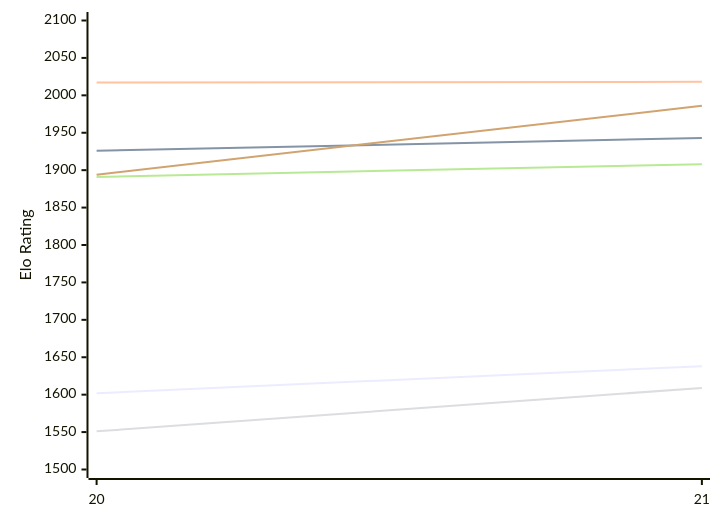
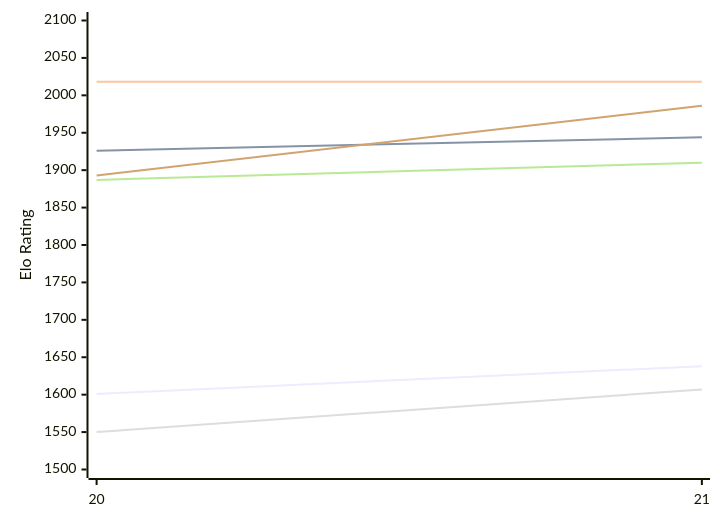
One commit to computer-chess-index/cci changed the first of 2 diagrams in engines/PurplePanda.md. Above: the diagram before and after it, drawn with Mermaid. The commit also changed other lines of this file, not shown here.

Commit message:
Update CCI Ratings (ELO VLTC) - 2026-11-20

````diff
--- a/engines/PurplePanda.md
+++ b/engines/PurplePanda.md
@@ -50,12 +50,12 @@
 ```mermaid
 %%{init: {"theme":"base","themeVariables":{"seriesColors:['#a3a3a3','#222221','#faa371']}}}%%
 xychart-beta
   x-axis ["20", "21"]
   y-axis "Elo Rating" 1500 --> 2100
-  line "E1: STC (8.0+0.08s)" [1602, 1638]
-  line "E1: LTC (60.0+0.60s)" [1926, 1943]
-  line "E1: VLTC (2m24s+1.12s)" [2017, 2018]
-  line "P1: STC (8.0+0.08s)" [1551, 1609]
-  line "P1: LTC (60.0+0.60s)" [1891, 1908]
-  line "P1: VLTC (2m24s+1.12s)" [1894, 1986]
+  line "E1: STC (8.0+0.08s)" [1601, 1638]
+  line "E1: LTC (60.0+0.60s)" [1926, 1944]
+  line "E1: VLTC (2m24s+1.12s)" [2018, 2018]
+  line "P1: STC (8.0+0.08s)" [1550, 1607]
+  line "P1: LTC (60.0+0.60s)" [1887, 1910]
+  line "P1: VLTC (2m24s+1.12s)" [1893, 1986]
 ```
````
